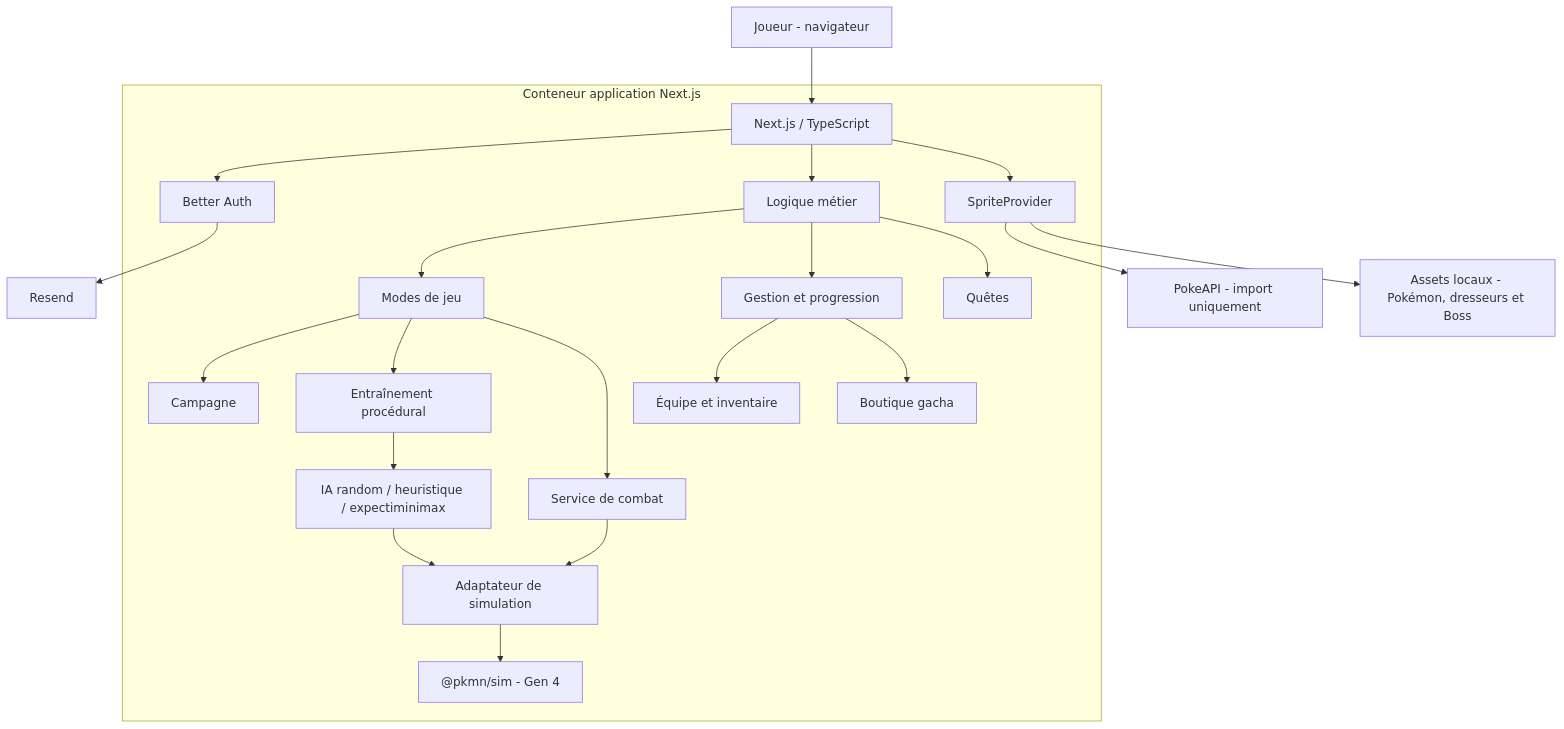
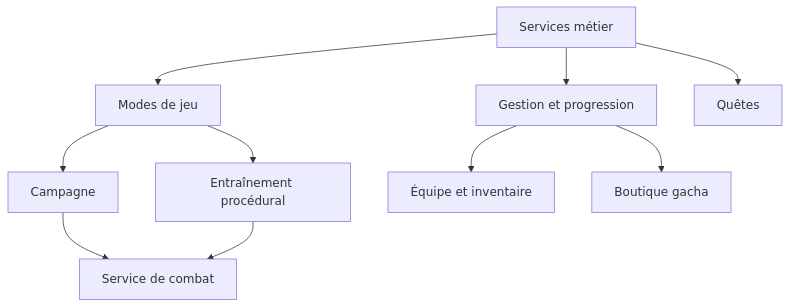
One commit to ismaelgiovannetti/HEIG-Odyssey changed the third of 11 diagrams in docs/01-kickoff/HEIG_Odyssey_Kickoff_Semaine_1_FINAL.md. Above: the diagram before and after it, drawn with Mermaid. The commit also changed other lines of this file, not shown here.

````diff
--- a/docs/01-kickoff/HEIG_Odyssey_Kickoff_Semaine_1_FINAL.md
+++ b/docs/01-kickoff/HEIG_Odyssey_Kickoff_Semaine_1_FINAL.md
@@ -123,36 +147,14 @@
 ```mermaid
 flowchart TB
-    Player[Joueur - navigateur] --> App
+    Domain[Services métier] --> Gameplay[Modes de jeu]
+    Domain --> Progression[Gestion et progression]
+    Domain --> Quest[Quêtes]
 
-    subgraph Container[Conteneur application Next.js]
-        App[Next.js / TypeScript]
-        Auth[Better Auth]
-        Domain[Logique métier]
-        Sprites[SpriteProvider]
+    Gameplay --> Campaign[Campagne]
+    Gameplay --> Training[Entraînement procédural]
+    Campaign --> Battle[Service de combat]
+    Training --> Battle
 
-        App --> Auth
-        App --> Domain
-        App --> Sprites
-
-        Domain --> Gameplay[Modes de jeu]
-        Domain --> Progression[Gestion et progression]
-        Domain --> Quest[Quêtes]
-
-        Gameplay --> Campaign[Campagne]
-        Gameplay --> Training[Entraînement procédural]
-        Gameplay --> Battle[Service de combat]
-
-        Progression --> Team[Équipe et inventaire]
-        Progression --> Gacha[Boutique gacha]
-
-        Training --> AI[IA random / heuristique / expectiminimax]
-        AI --> Simulator[Adaptateur de simulation]
-        Battle --> Simulator
-        Simulator --> PkmnSim["@pkmn/sim - Gen 4"]
-    end
-
-    Auth --> Mail[Resend]
-
-    Sprites --> PokeAPI[PokeAPI - import uniquement]
-    Sprites --> LocalAssets[Assets locaux - Pokémon, dresseurs et Boss]
+    Progression --> Team[Équipe et inventaire]
+    Progression --> Gacha[Boutique gacha]
 ```
````
